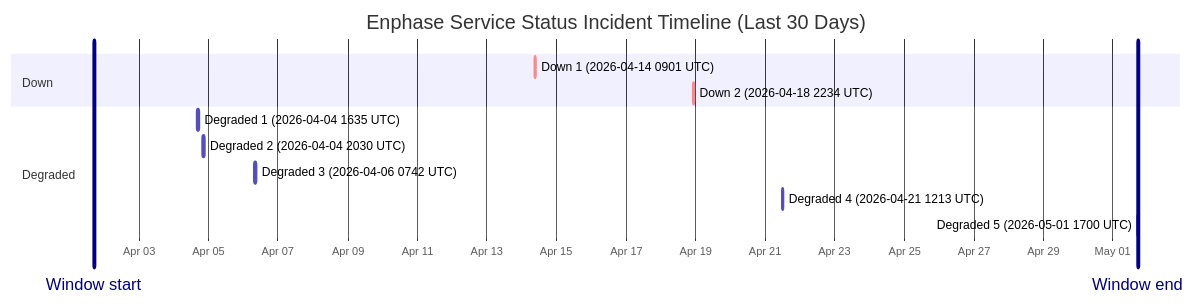
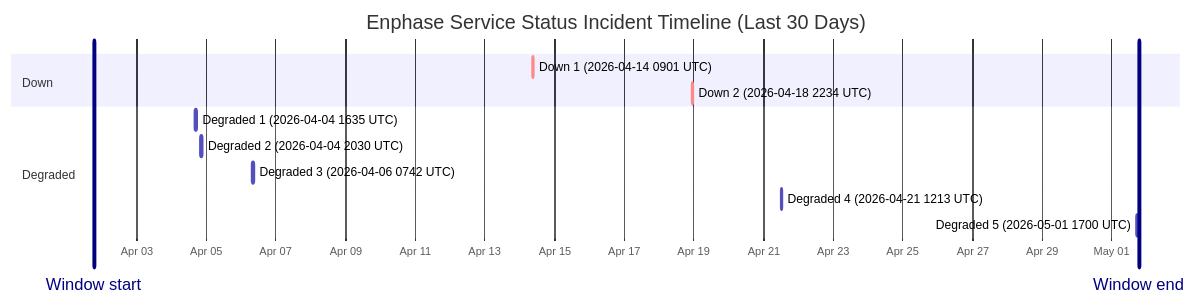
The diagram in wiki/Service-Status-History.md (barneyonline/ha-enphase-ev-charger), drawn with Mermaid before and after one commit. The commit also changed other lines of this file and 4 other files, not shown here.

````diff
--- a/wiki/Service-Status-History.md
+++ b/wiki/Service-Status-History.md
@@ -14,17 +14,17 @@
 ```mermaid
 gantt
     title Enphase Service Status Incident Timeline (Last 30 Days)
     dateFormat  YYYY-MM-DDTHH:mm:ss
     axisFormat  %b %d
-    Window start :vert, window-start, 2026-04-01T17:00:22, 0ms
-    Window end :vert, window-end, 2026-05-01T17:00:22, 0ms
+    Window start :vert, window-start, 2026-04-01T18:37:47, 0ms
+    Window end :vert, window-end, 2026-05-01T18:37:47, 0ms
     section Down
     Down 1 (2026-04-14 0901 UTC) :crit, down-1, 2026-04-14T09:01:13, 60m
     Down 2 (2026-04-18 2234 UTC) :crit, down-2, 2026-04-18T22:34:13, 60m
     section Degraded
     Degraded 1 (2026-04-04 1635 UTC) :active, degraded-1, 2026-04-04T16:35:17, 60m
     Degraded 2 (2026-04-04 2030 UTC) :active, degraded-2, 2026-04-04T20:30:40, 60m
     Degraded 3 (2026-04-06 0742 UTC) :active, degraded-3, 2026-04-06T07:42:09, 85m
     Degraded 4 (2026-04-21 1213 UTC) :active, degraded-4, 2026-04-21T12:13:11, 60m
     Degraded 5 (2026-05-01 1700 UTC) :active, degraded-5, 2026-05-01T17:00:22, 60m
 ```
````
